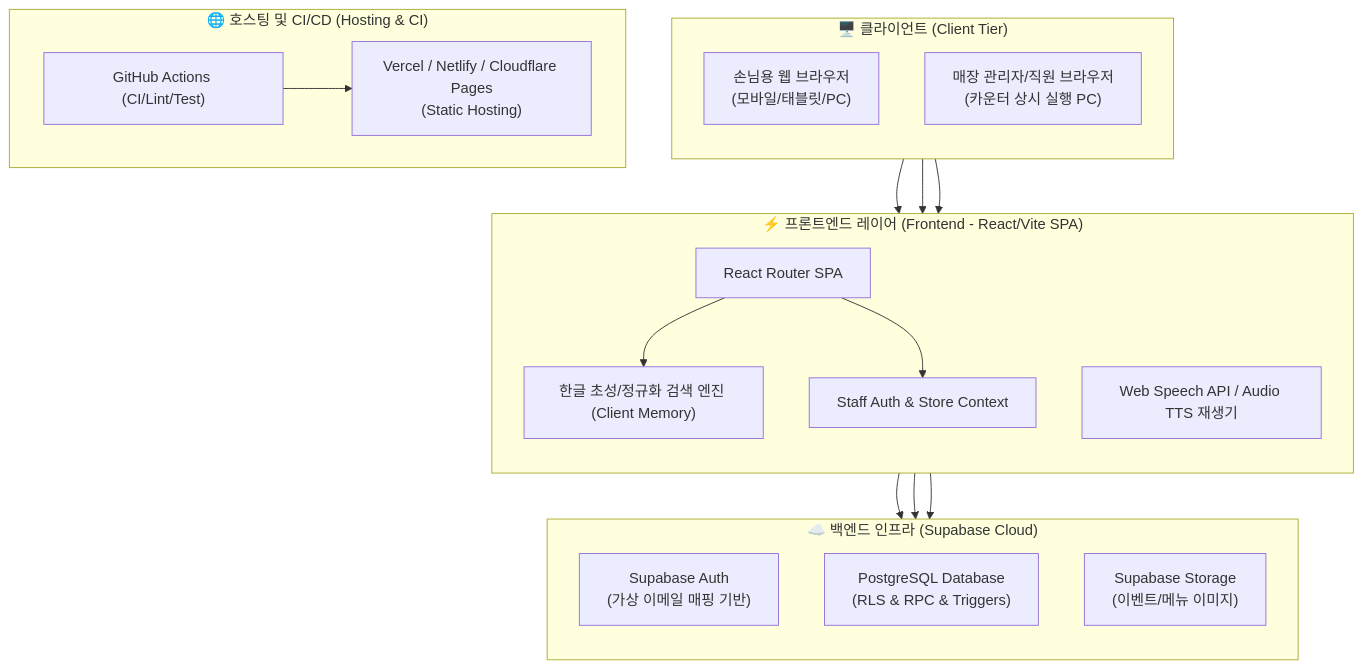
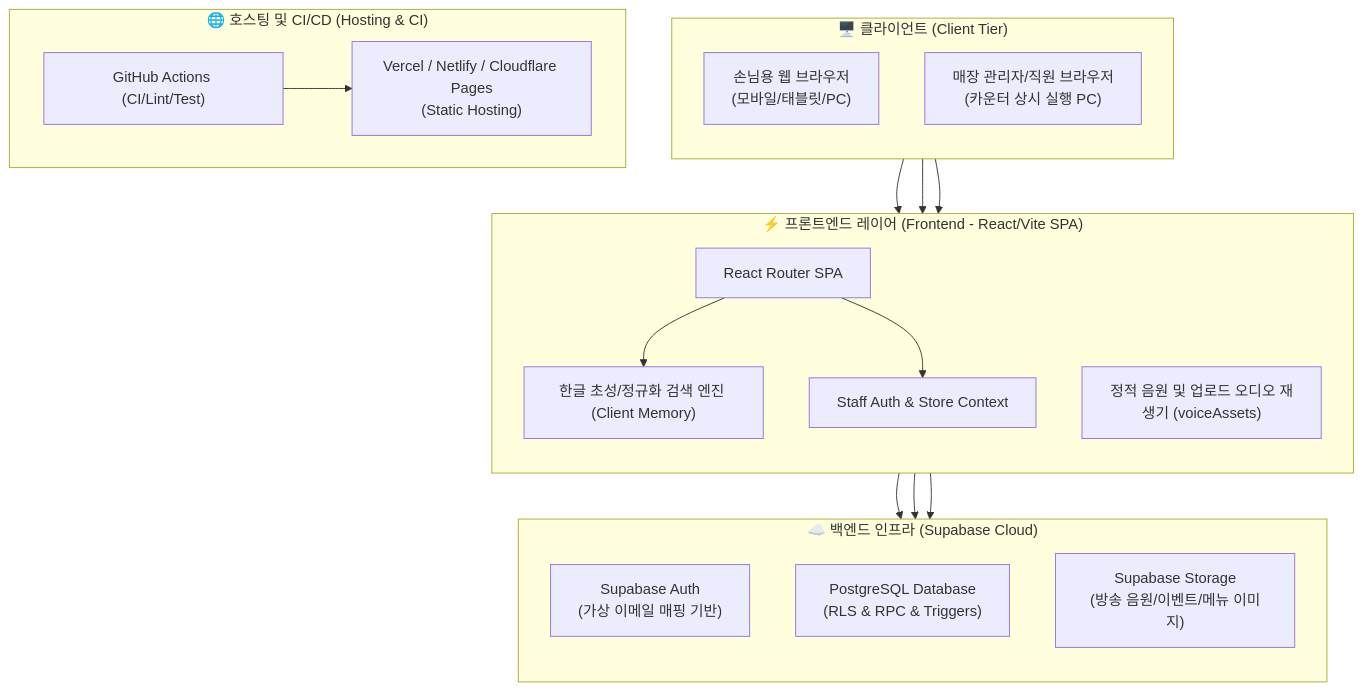
One commit to SHINJAEHEE-DEV/CartoonPlus changed the first of 2 diagrams in docs/ARCHITECTURE.md. Above: the diagram before and after it, drawn with Mermaid. The commit also changed other lines of this file and 4 other files, not shown here.

````diff
--- a/docs/ARCHITECTURE.md
+++ b/docs/ARCHITECTURE.md
@@ -11,39 +11,39 @@
 ```mermaid
 flowchart TB
     subgraph Client["🖥️ 클라이언트 (Client Tier)"]
         direction TB
         UserBrowser["손님용 웹 브라우저<br/>(모바일/태블릿/PC)"]
         StaffBrowser["매장 관리자/직원 브라우저<br/>(카운터 상시 실행 PC)"]
     end
 
     subgraph Frontend["⚡ 프론트엔드 레이어 (Frontend - React/Vite SPA)"]
         direction TB
         AppRouting["React Router SPA"]
         SearchEngine["한글 초성/정규화 검색 엔진 (Client Memory)"]
-        TTSModule["Web Speech API / Audio TTS 재생기"]
+        AudioModule["정적 음원 및 업로드 오디오 재생기 (voiceAssets)"]
         StaffContext["Staff Auth & Store Context"]
     end
 
     subgraph BaaS["☁️ 백엔드 인프라 (Supabase Cloud)"]
         direction TB
         Auth["Supabase Auth<br/>(가상 이메일 매핑 기반)"]
         Postgres["PostgreSQL Database<br/>(RLS & RPC & Triggers)"]
-        Storage["Supabase Storage<br/>(이벤트/메뉴 이미지)"]
+        Storage["Supabase Storage<br/>(방송 음원/이벤트/메뉴 이미지)"]
     end
 
     subgraph Hosting["🌐 호스팅 및 CI/CD (Hosting & CI)"]
         VercelNetlify["Vercel / Netlify / Cloudflare Pages<br/>(Static Hosting)"]
         GitHubActions["GitHub Actions (CI/Lint/Test)"]
     end
 
     UserBrowser --> AppRouting
     StaffBrowser --> AppRouting
-    StaffBrowser --> TTSModule
+    StaffBrowser --> AudioModule
     AppRouting --> SearchEngine
     AppRouting --> StaffContext
 
     StaffContext --> Auth
     AppRouting --> Postgres
     AppRouting --> Storage
     GitHubActions --> VercelNetlify
 ```
````
